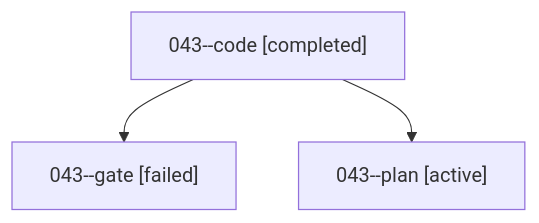
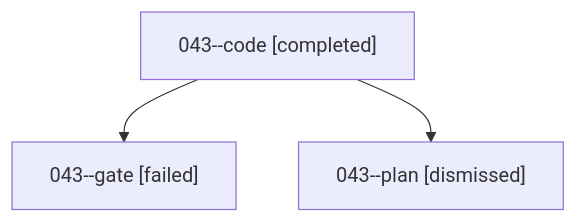
The diagram in sessions/bbugyi200.athena.043.md (sase-org/sase--agents), drawn with Mermaid before and after one commit. The commit also changed other lines of this file and 34 other files, not shown here.

````diff
--- a/sessions/bbugyi200.athena.043.md
+++ b/sessions/bbugyi200.athena.043.md
@@ -9,8 +9,8 @@
 ```mermaid
 flowchart TD
   n0["043--code [completed]"]
   n1["043--gate [failed]"]
   n0 --> n1
-  n2["043--plan [active]"]
+  n2["043--plan [dismissed]"]
   n0 --> n2
 ```
````
